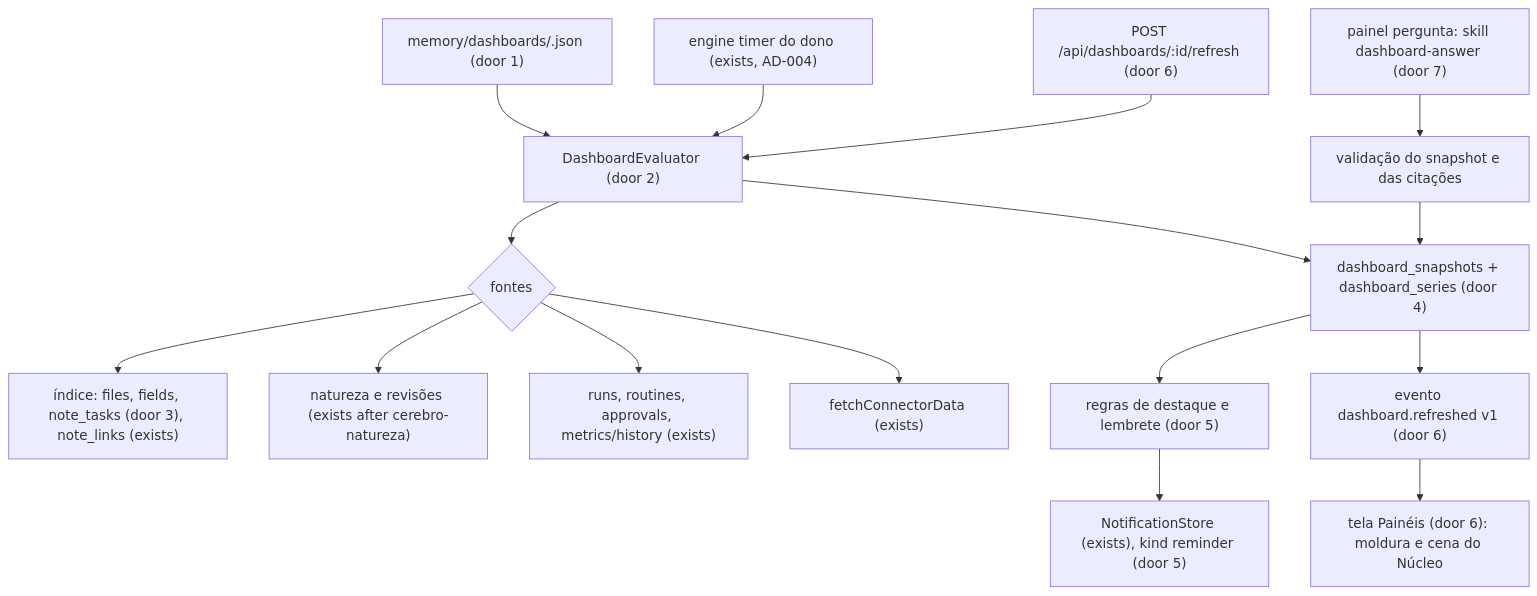
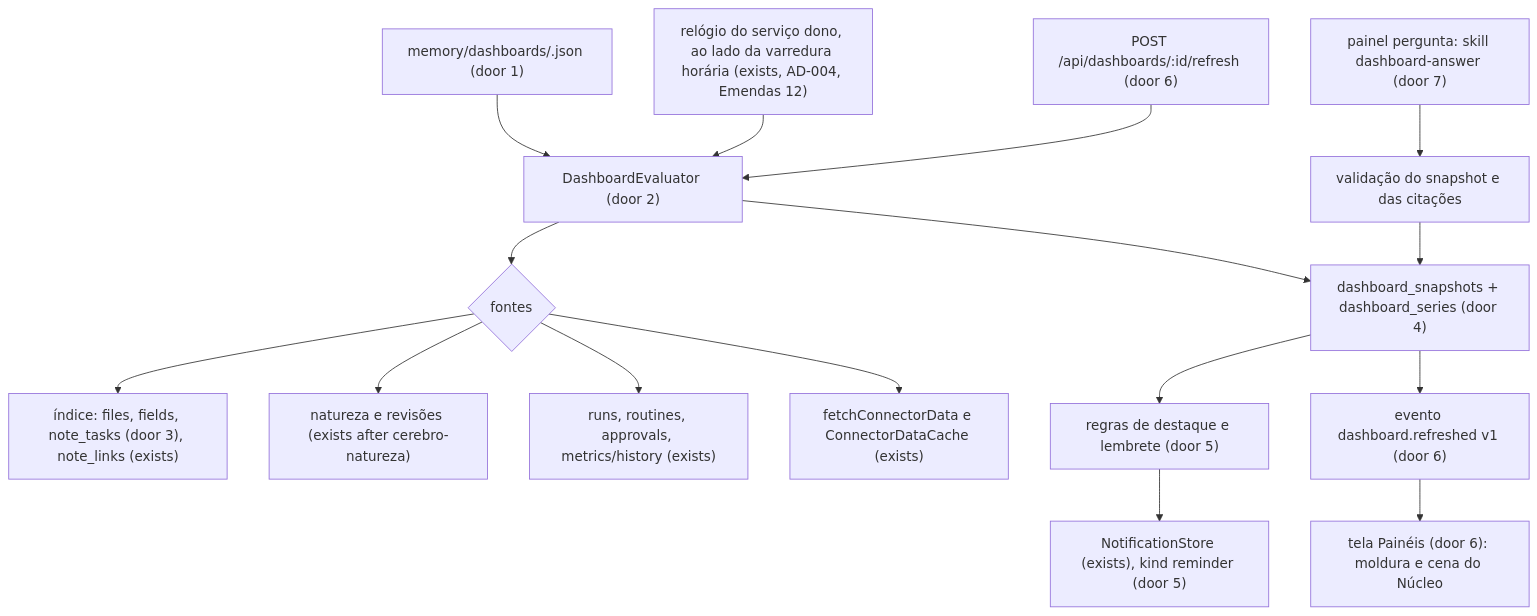
The first of 2 diagrams in .specs/features/cerebro-paineis/plan.md (tvpl/agentic-os), drawn with Mermaid before and after one commit. The commit also changed other lines of this file and 1 other file, not shown here.

First line of the commit message:
docs(specs): checks de cerebro-paineis e emendas frente a C1-C6

````diff
--- a/.specs/features/cerebro-paineis/plan.md
+++ b/.specs/features/cerebro-paineis/plan.md
@@ -42,17 +44,17 @@
 ```mermaid
 flowchart TD
     DEF["memory/dashboards/<id>.json (door 1)"] --> EV["DashboardEvaluator (door 2)"]
-    TICK["engine timer do dono (exists, AD-004)"] --> EV
+    TICK["relógio do serviço dono, ao lado da varredura horária (exists, AD-004, Emendas 12)"] --> EV
     BTN["POST /api/dashboards/:id/refresh (door 6)"] --> EV
     EV --> SRC{fontes}
     SRC --> MEM["índice: files, fields, note_tasks (door 3), note_links (exists)"]
     SRC --> NAT["natureza e revisões (exists after cerebro-natureza)"]
     SRC --> SYS["runs, routines, approvals, metrics/history (exists)"]
-    SRC --> CON["fetchConnectorData (exists)"]
+    SRC --> CON["fetchConnectorData e ConnectorDataCache (exists)"]
     EV --> SNAP["dashboard_snapshots + dashboard_series (door 4)"]
     SNAP --> HL["regras de destaque e lembrete (door 5)"]
     HL --> NOTE["NotificationStore (exists), kind reminder (door 5)"]
     SNAP --> EVT["evento dashboard.refreshed v1 (door 6)"]
     EVT --> UI["tela Painéis (door 6): moldura e cena do Núcleo"]
     Q["painel pergunta: skill dashboard-answer (door 7)"] --> VAL["validação do snapshot e das citações"] --> SNAP
 ```
````
